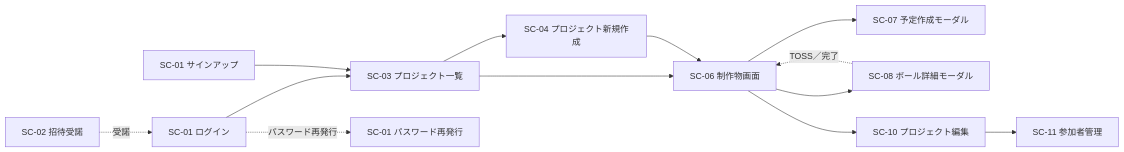
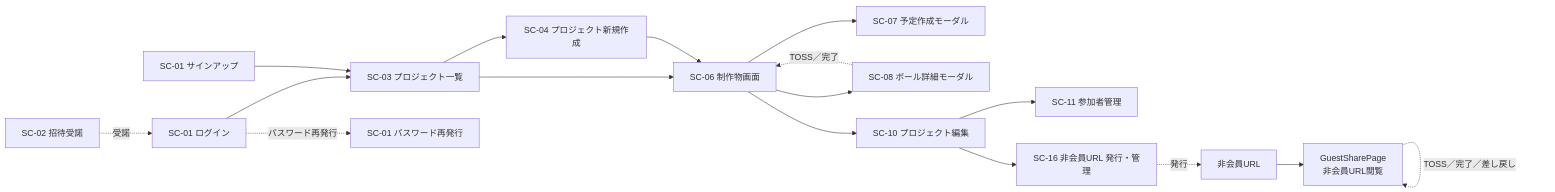
One commit to OSA-OSAMARU/trakon-app changed the diagram in docs/design/04-frontend.md. Above: the diagram before and after it, drawn with Mermaid. The commit also changed other lines of this file and 7 other files, not shown here.

````diff
--- a/docs/design/04-frontend.md
+++ b/docs/design/04-frontend.md
@@ -201,15 +205,19 @@
 ```mermaid
 flowchart LR
     Login[SC-01 ログイン] --> ProjectList[SC-03 プロジェクト一覧]
     Signup[SC-01 サインアップ] --> ProjectList
     Invitation[SC-02 招待受諾] -. 受諾 .-> Login
     Login -. パスワード再発行 .-> Forgot[SC-01 パスワード再発行]
     ProjectList --> ProjectNew[SC-04 プロジェクト新規作成]
     ProjectList --> ItemSchedule[SC-06 制作物画面]
     ProjectNew --> ItemSchedule
     ItemSchedule --> PlanCreate[SC-07 予定作成モーダル]
     ItemSchedule --> BallDetail[SC-08 ボール詳細モーダル]
     ItemSchedule --> ProjectEdit[SC-10 プロジェクト編集]
     ProjectEdit --> Members[SC-11 参加者管理]
+    ProjectEdit --> ShareAdmin[SC-16 非会員URL 発行・管理]
+    ShareAdmin -.発行.-> GuestEntry[非会員URL]
+    GuestEntry --> GuestShare[GuestSharePage<br/>非会員URL閲覧]
+    GuestShare -. TOSS／完了／差し戻し .-> GuestShare
     BallDetail -. TOSS／完了 .-> ItemSchedule
 ```
````
